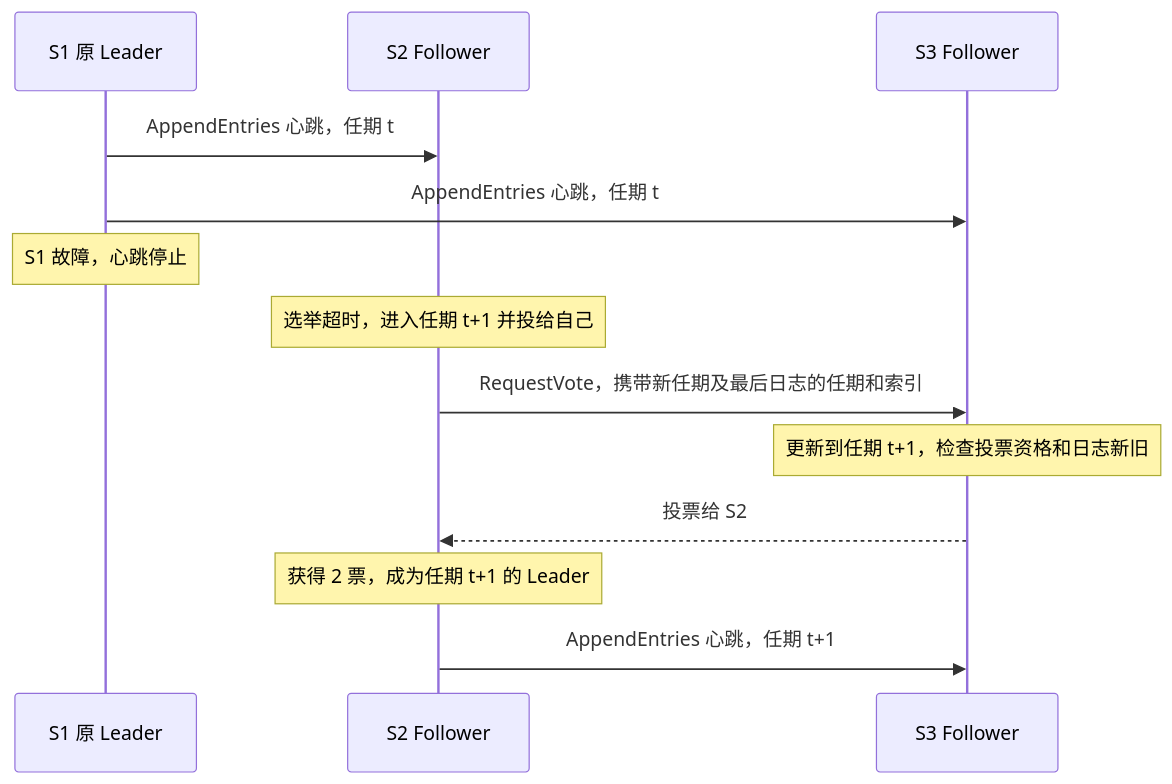
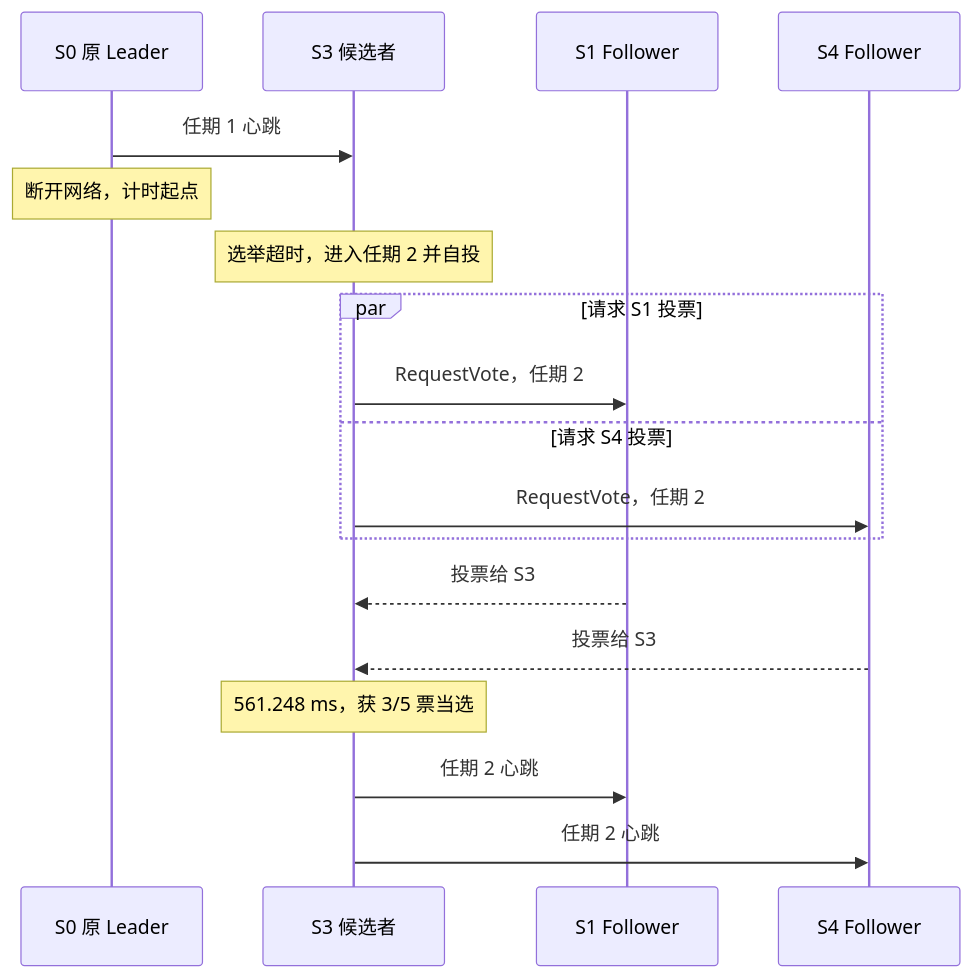
One commit to Amen-ai36/ds changed the second of 2 diagrams in 实验2/实验报告.md. Above: the diagram before and after it, drawn with Mermaid. The commit also changed other lines of this file and 18 other files, not shown here.

````diff
--- a/实验2/实验报告.md
+++ b/实验2/实验报告.md
@@ -39,16 +39,21 @@
 ```mermaid
 sequenceDiagram
-    participant S1 as S1 原 Leader
-    participant S2 as S2 Follower
-    participant S3 as S3 Follower
+    participant S0 as S0 原 Leader
+    participant S3 as S3 候选者
+    participant S1 as S1 Follower
+    participant S4 as S4 Follower
 
-    S1->>S2: AppendEntries 心跳，任期 t
-    S1->>S3: AppendEntries 心跳，任期 t
-    Note over S1: S1 故障，心跳停止
-    Note over S2: 选举超时，进入任期 t+1 并投给自己
-    S2->>S3: RequestVote，携带新任期及最后日志的任期和索引
-    Note over S3: 更新到任期 t+1，检查投票资格和日志新旧
-    S3-->>S2: 投票给 S2
-    Note over S2: 获得 2 票，成为任期 t+1 的 Leader
-    S2->>S3: AppendEntries 心跳，任期 t+1
+    S0->>S3: 任期 1 心跳
+    Note over S0: 断开网络，计时起点
+    Note over S3: 选举超时，进入任期 2 并自投
+    par 请求 S1 投票
+        S3->>S1: RequestVote，任期 2
+    and 请求 S4 投票
+        S3->>S4: RequestVote，任期 2
+    end
+    S1-->>S3: 投票给 S3
+    S4-->>S3: 投票给 S3
+    Note over S3: 561.248 ms，获 3/5 票当选
+    S3->>S1: 任期 2 心跳
+    S3->>S4: 任期 2 心跳
 ```
````
